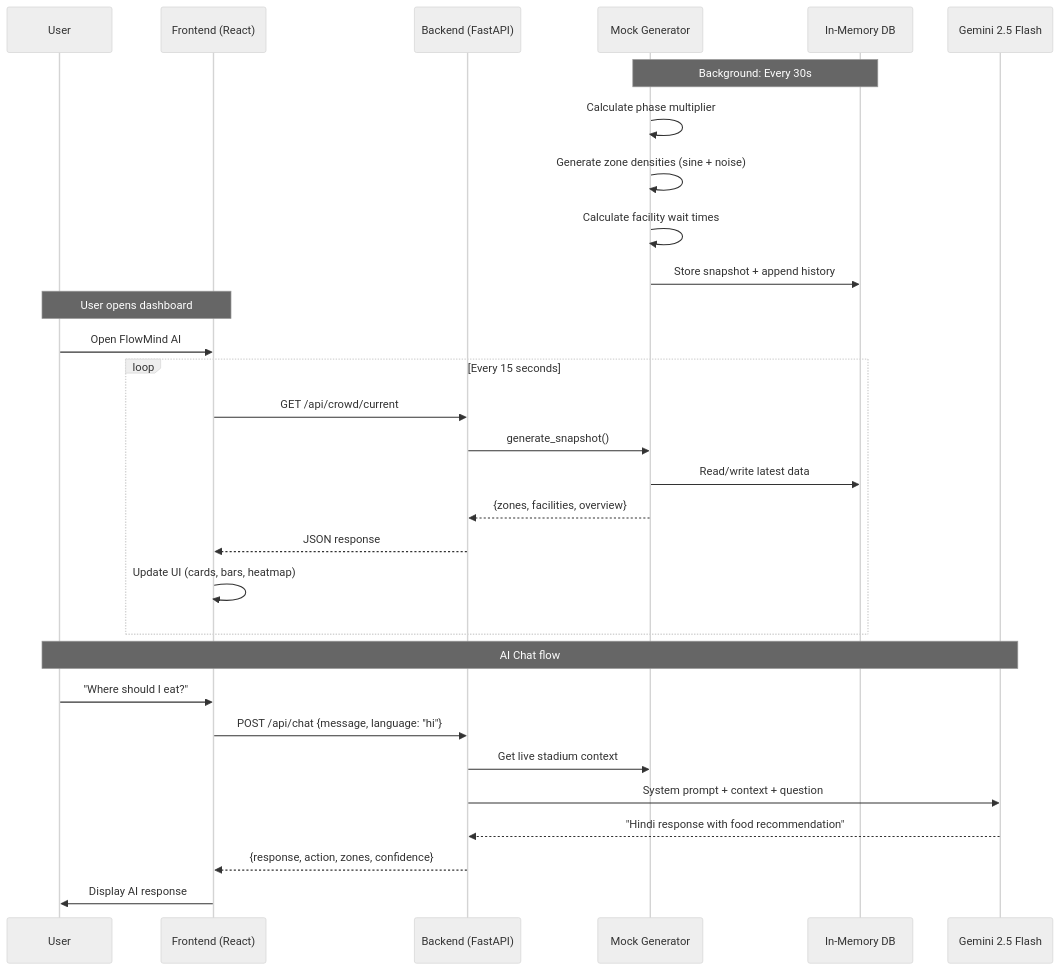
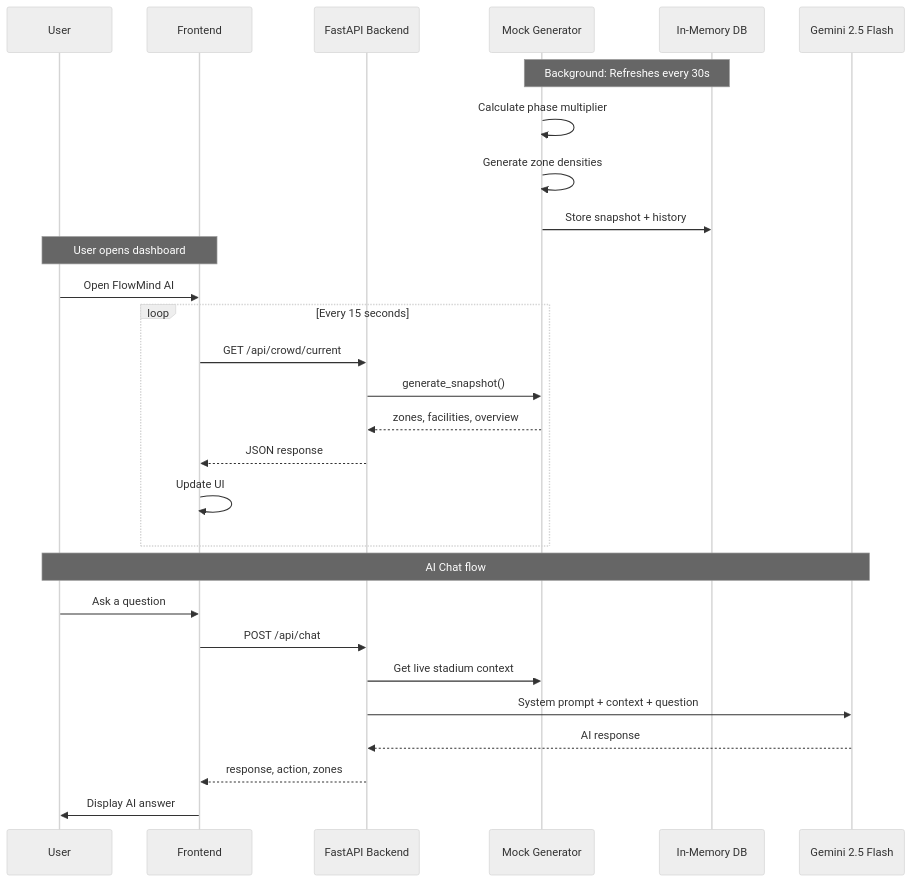
Before and after one commit to dpkpaswan/flowmind-ai: the second of 3 diagrams in README.md, drawn with Mermaid (neutral theme). The commit also changed other lines of this file, not shown here.

Commit message:
docs: fix README formatting for GitHub - clean mermaid diagrams and markdown

````diff
--- a/README.md
+++ b/README.md
@@ -96,35 +110,33 @@
 ```mermaid
 sequenceDiagram
     participant User
-    participant React as Frontend (React)
-    participant API as Backend (FastAPI)
+    participant React as Frontend
+    participant API as FastAPI Backend
     participant Gen as Mock Generator
     participant DB as In-Memory DB
     participant AI as Gemini 2.5 Flash
 
-    Note over Gen,DB: Background: Every 30s
+    Note over Gen,DB: Background: Refreshes every 30s
     Gen->>Gen: Calculate phase multiplier
-    Gen->>Gen: Generate zone densities (sine + noise)
-    Gen->>Gen: Calculate facility wait times
-    Gen->>DB: Store snapshot + append history
+    Gen->>Gen: Generate zone densities
+    Gen->>DB: Store snapshot + history
 
     Note over User,React: User opens dashboard
     User->>React: Open FlowMind AI
     loop Every 15 seconds
         React->>API: GET /api/crowd/current
         API->>Gen: generate_snapshot()
-        Gen->>DB: Read/write latest data
-        Gen-->>API: {zones, facilities, overview}
+        Gen-->>API: zones, facilities, overview
         API-->>React: JSON response
-        React->>React: Update UI (cards, bars, heatmap)
+        React->>React: Update UI
     end
 
     Note over User,AI: AI Chat flow
-    User->>React: "Where should I eat?"
-    React->>API: POST /api/chat {message, language: "hi"}
+    User->>React: Ask a question
+    React->>API: POST /api/chat
     API->>Gen: Get live stadium context
     API->>AI: System prompt + context + question
-    AI-->>API: "Hindi response with food recommendation"
-    API-->>React: {response, action, zones, confidence}
-    React->>User: Display AI response
+    AI-->>API: AI response
+    API-->>React: response, action, zones
+    React->>User: Display AI answer
 ```
````
